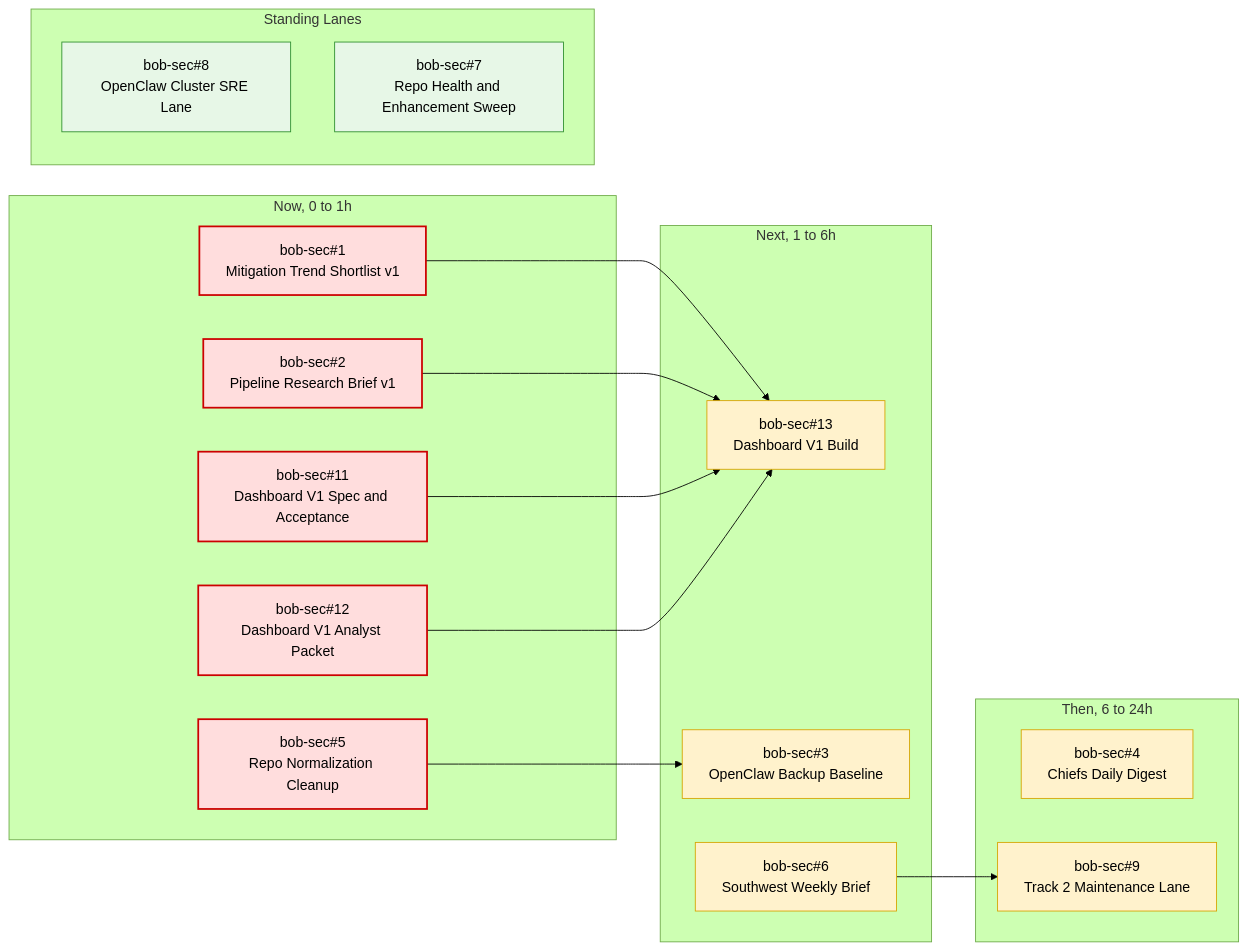
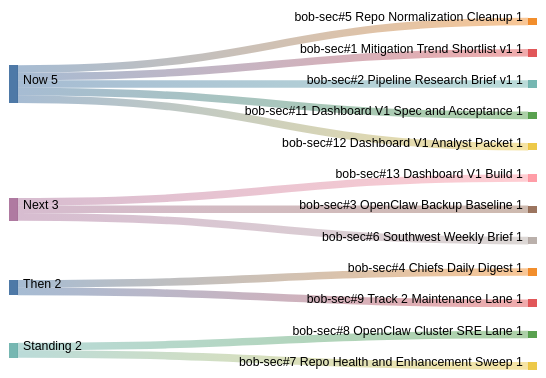
Before and after one commit to stevologic/bob-sec: the diagram in research/operations/current-work-gantt.md, drawn with Mermaid (forest theme). The commit also changed other lines of this file, not shown here.

Commit message:
Switch current work gantt to sankey

````diff
--- a/research/operations/current-work-gantt.md
+++ b/research/operations/current-work-gantt.md
@@ -5,42 +5,15 @@
 ```mermaid
-flowchart LR
-    subgraph NOW[Now, 0 to 1h]
-        I5[bob-sec#5<br/>Repo Normalization Cleanup]
-        I1[bob-sec#1<br/>Mitigation Trend Shortlist v1]
-        I2[bob-sec#2<br/>Pipeline Research Brief v1]
-        I11[bob-sec#11<br/>Dashboard V1 Spec and Acceptance]
-        I12[bob-sec#12<br/>Dashboard V1 Analyst Packet]
-    end
-
-    subgraph NEXT[Next, 1 to 6h]
-        I13[bob-sec#13<br/>Dashboard V1 Build]
-        I3[bob-sec#3<br/>OpenClaw Backup Baseline]
-        I6[bob-sec#6<br/>Southwest Weekly Brief]
-    end
-
-    subgraph THEN[Then, 6 to 24h]
-        I4[bob-sec#4<br/>Chiefs Daily Digest]
-        I9[bob-sec#9<br/>Track 2 Maintenance Lane]
-    end
-
-    subgraph STANDING[Standing Lanes]
-        I8[bob-sec#8<br/>OpenClaw Cluster SRE Lane]
-        I7[bob-sec#7<br/>Repo Health and Enhancement Sweep]
-    end
-
-    I5 --> I3
-    I1 --> I13
-    I2 --> I13
-    I11 --> I13
-    I12 --> I13
-    I6 --> I9
-
-    classDef critical fill:#ffdddd,stroke:#cc0000,stroke-width:2px;
-    classDef active fill:#d9ecff,stroke:#1d70b8,stroke-width:2px;
-    classDef queued fill:#fff2cc,stroke:#d6a400,stroke-width:1px;
-    classDef standing fill:#e7f7e7,stroke:#2f8f2f,stroke-width:1px;
-
-    class I5,I1,I2,I11,I12 critical;
-    class I13,I3,I6,I4,I9 queued;
-    class I8,I7 standing;
+sankey-beta
+Now,bob-sec#5 Repo Normalization Cleanup,1
+Now,bob-sec#1 Mitigation Trend Shortlist v1,1
+Now,bob-sec#2 Pipeline Research Brief v1,1
+Now,bob-sec#11 Dashboard V1 Spec and Acceptance,1
+Now,bob-sec#12 Dashboard V1 Analyst Packet,1
+Next,bob-sec#13 Dashboard V1 Build,1
+Next,bob-sec#3 OpenClaw Backup Baseline,1
+Next,bob-sec#6 Southwest Weekly Brief,1
+Then,bob-sec#4 Chiefs Daily Digest,1
+Then,bob-sec#9 Track 2 Maintenance Lane,1
+Standing,bob-sec#8 OpenClaw Cluster SRE Lane,1
+Standing,bob-sec#7 Repo Health and Enhancement Sweep,1
 ```
````
